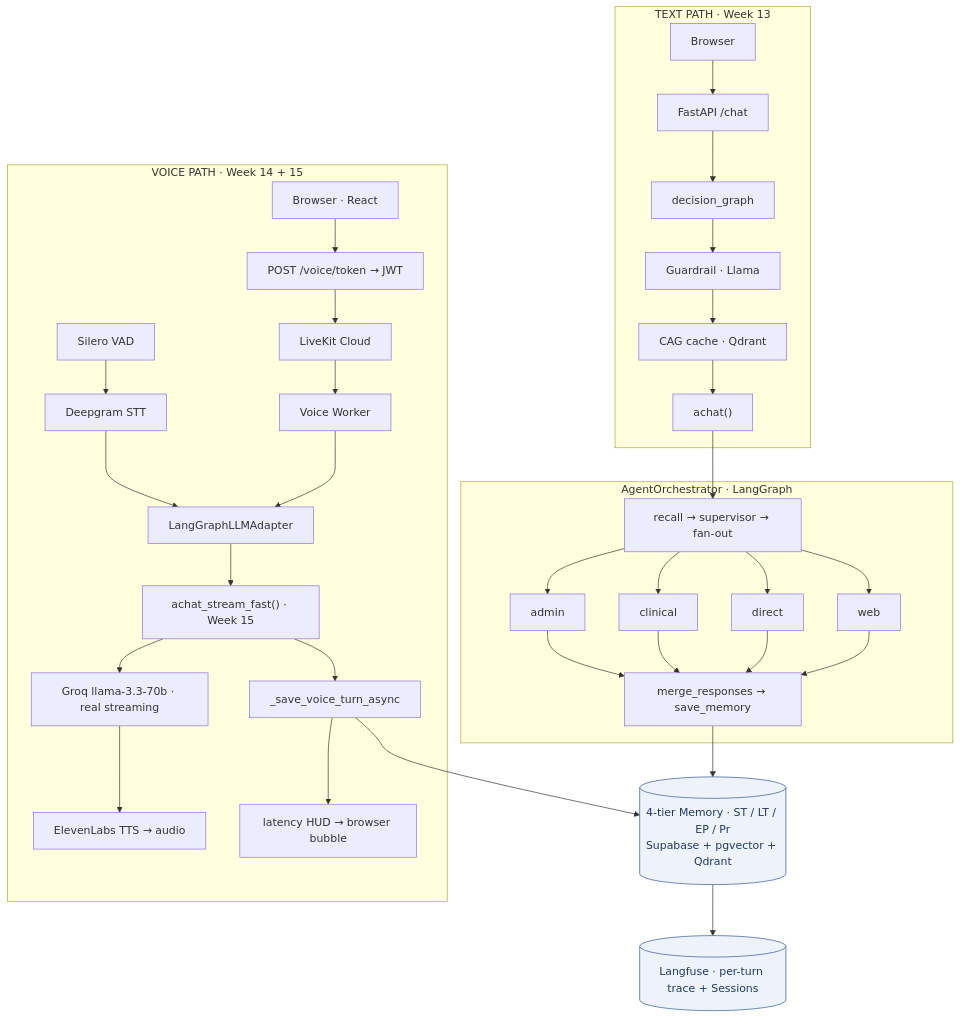
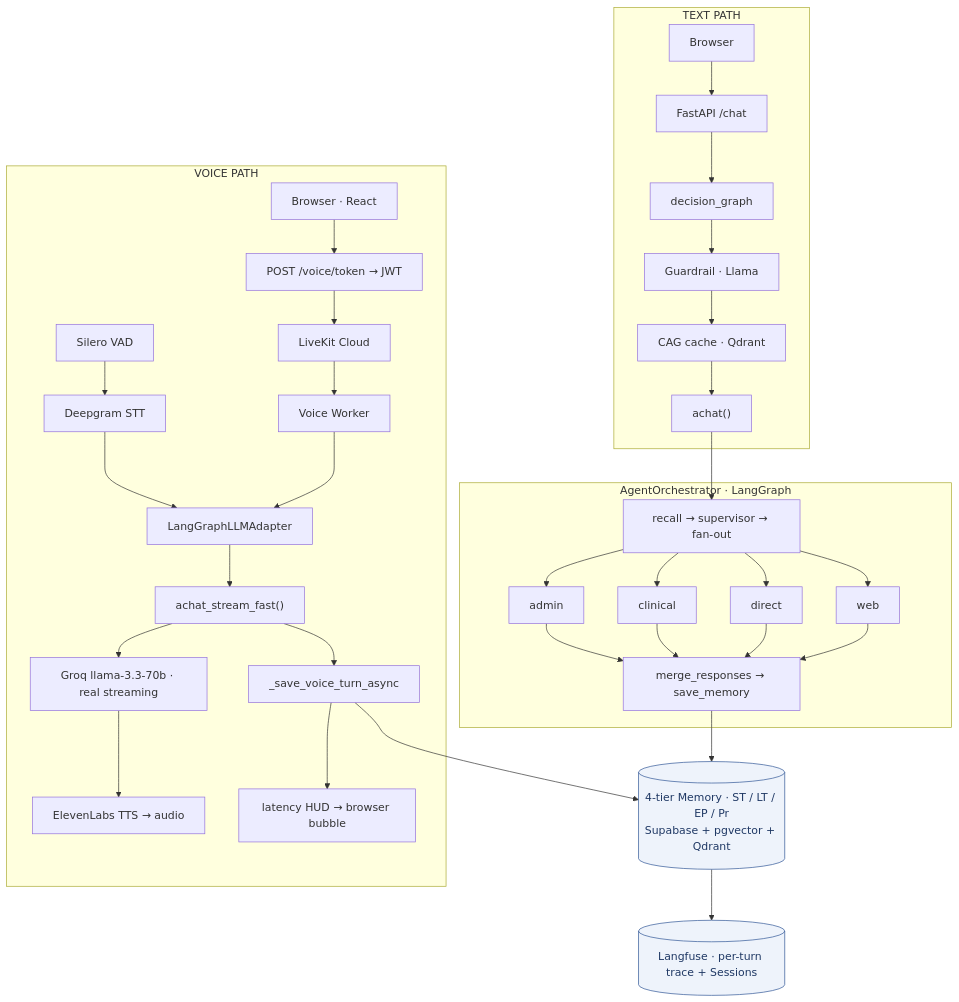
The second of 8 diagrams in README.md (dinod001/Real-time-Agentic-AI-voice-pipeline-for-nawaloka-hospital), drawn with Mermaid before and after one commit. The commit also changed other lines of this file, not shown here.

Commit message:
refactor: clean up week-specific terminology in README documentation

````diff
--- a/README.md
+++ b/README.md
@@ -91,44 +91,44 @@
 ```mermaid
 flowchart TB
-    subgraph TEXT["TEXT PATH · Week 13"]
+    subgraph TEXT["TEXT PATH"]
         B1["Browser"] --> API["FastAPI /chat"]
         API --> DG["decision_graph"]
         DG --> GR["Guardrail · Llama"]
         GR --> CAG["CAG cache · Qdrant"]
         CAG --> ACH["achat()"]
     end
 
-    subgraph VOICE["VOICE PATH · Week 14 + 15"]
+    subgraph VOICE["VOICE PATH"]
         VB["Browser · React"] --> TOK["POST /voice/token → JWT"]
         TOK --> LK["LiveKit Cloud"]
         LK --> VW["Voice Worker"]
         VAD["Silero VAD"] --> STT["Deepgram STT"]
         STT --> ADP["LangGraphLLMAdapter"]
         VW --> ADP
-        ADP --> FAST["achat_stream_fast() · Week 15"]
+        ADP --> FAST["achat_stream_fast()"]
         FAST --> GROQ["Groq llama-3.3-70b · real streaming"]
         GROQ --> TTS["ElevenLabs TTS → audio"]
         FAST --> BG["_save_voice_turn_async"]
         BG --> HUD["latency HUD → browser bubble"]
     end
 
     subgraph CORE["AgentOrchestrator · LangGraph"]
         ORCH["recall → supervisor → fan-out"]
         ORCH --> A1["admin"]
         ORCH --> A2["clinical"]
         ORCH --> A3["direct"]
         ORCH --> A4["web"]
         A1 --> MERGE["merge_responses → save_memory"]
         A2 --> MERGE
         A3 --> MERGE
         A4 --> MERGE
     end
 
     ACH --> ORCH
     MERGE --> MEM[("4-tier Memory · ST / LT / EP / Pr<br/>Supabase + pgvector + Qdrant")]
     BG --> MEM
     MEM --> LF[("Langfuse · per-turn trace + Sessions")]
 
     classDef store fill:#eef3fb,stroke:#2E5496,color:#1F3864;
     class MEM,LF store;
 ```
````
